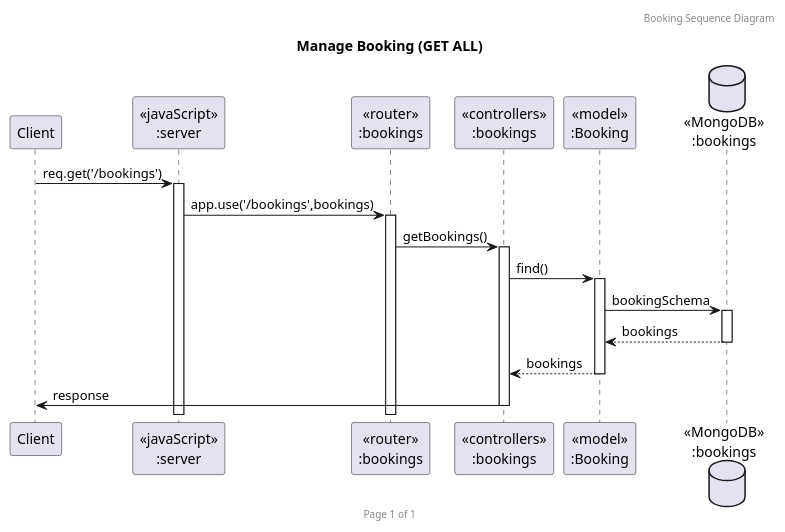
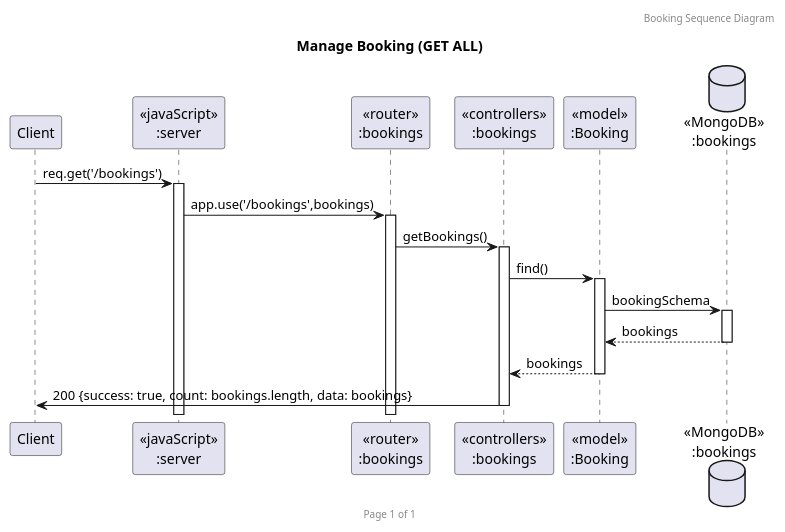
One commit to 2110503TACEDT66/presentation-day-1-i-am-the-bone-of-my-sources changed the diagram in presentation/Sequence_Diagram/Bookings/SequenceDiagram(GET ALL Bookings).puml. Above: the diagram before and after it, drawn with PlantUML. The commit also changed 9 other files, not shown here.

Commit message:
Edit Bookings sequence diagram (Add Alt method)

```diff
--- a/presentation/Sequence_Diagram/Bookings/SequenceDiagram(GET ALL Bookings).puml
+++ b/presentation/Sequence_Diagram/Bookings/SequenceDiagram(GET ALL Bookings).puml
@@ -1,23 +1,23 @@
 @startuml Manage Booking (GET ALL)
 
 header Booking Sequence Diagram
 footer Page %page% of %lastpage%
 title "Manage Booking (GET ALL)"
 
 participant "Client" as client
 participant "<<javaScript>>\n:server" as server
 participant "<<router>>\n:bookings" as routerBookings
 participant "<<controllers>>\n:bookings" as controllersBookings
 participant "<<model>>\n:Booking" as modelBooking
 database "<<MongoDB>>\n:bookings" as BookingsDatabase
 
 client->server ++:req.get('/bookings')
 server->routerBookings ++:app.use('/bookings',bookings)
 routerBookings -> controllersBookings ++:getBookings()
 controllersBookings->modelBooking ++:find()
 modelBooking ->BookingsDatabase ++: bookingSchema
 BookingsDatabase --> modelBooking --: bookings
 controllersBookings <-- modelBooking --:bookings
-controllersBookings->client --:response
+controllersBookings->client --:200 {success: true, count: bookings.length, data: bookings}
 
 @enduml
```
